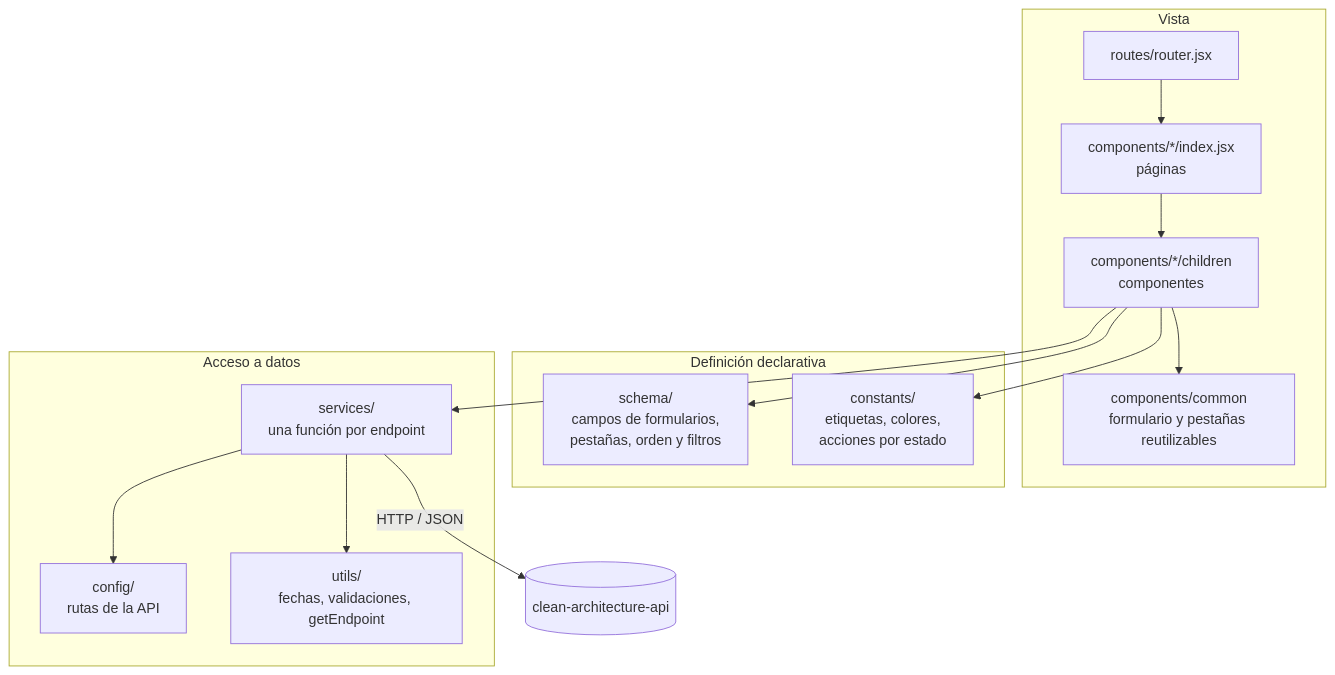
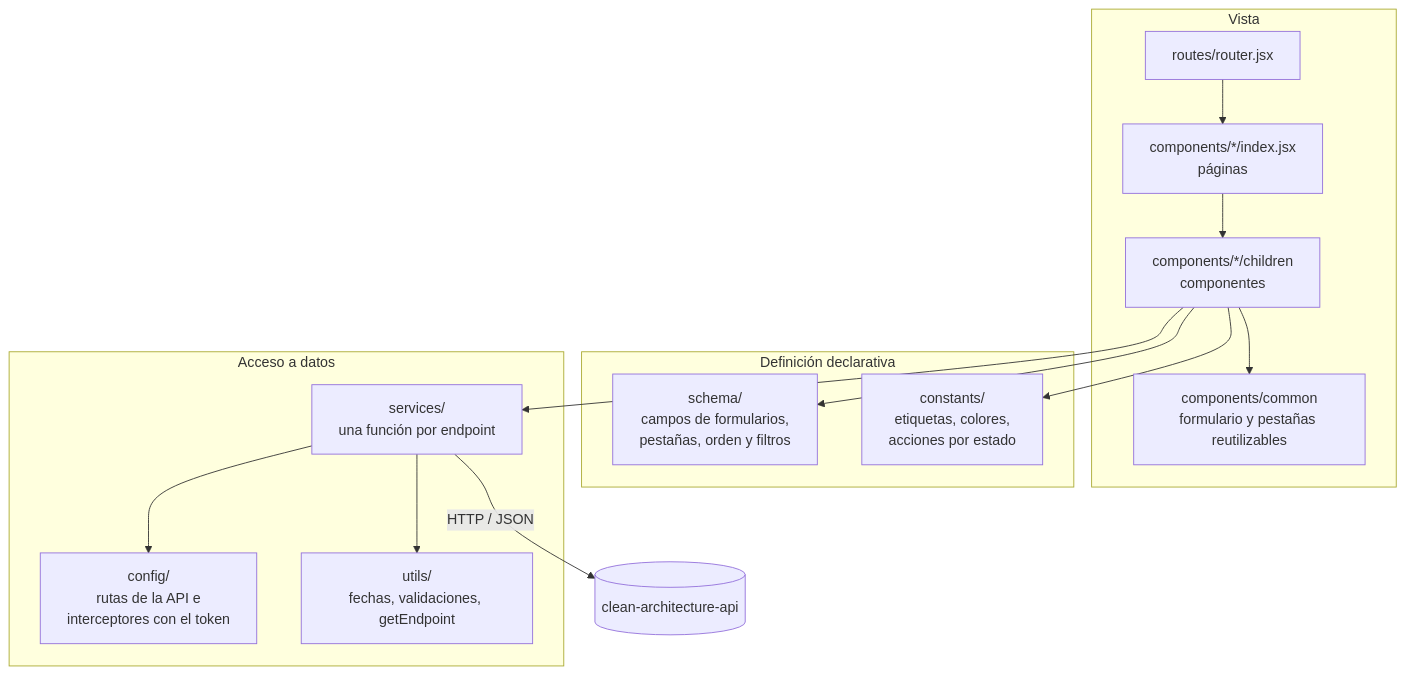
The first of 4 diagrams in README.md (SemilleroSOLID/clean-architecture-front), drawn with Mermaid before and after one commit. The commit also changed other lines of this file and 31 other files, not shown here.

Commit message:
feat: login, menu by role and protected routes (closes SemilleroSOLID/clean-architecture-api#23)

````diff
--- a/README.md
+++ b/README.md
@@ -66,23 +68,23 @@
 ```mermaid
 flowchart TB
     subgraph UI["Vista"]
         R[routes/router.jsx] --> P[components/*/index.jsx<br/>páginas]
         P --> C[components/*/children<br/>componentes]
         C --> CI[components/common<br/>formulario y pestañas reutilizables]
     end
     subgraph Def["Definición declarativa"]
         S[schema/<br/>campos de formularios,<br/>pestañas, orden y filtros]
         K[constants/<br/>etiquetas, colores,<br/>acciones por estado]
     end
     subgraph Data["Acceso a datos"]
         SV[services/<br/>una función por endpoint]
-        CF[config/<br/>rutas de la API]
+        CF[config/<br/>rutas de la API e<br/>interceptores con el token]
         U[utils/<br/>fechas, validaciones, getEndpoint]
     end
     C --> S
     C --> K
     C --> SV
     SV --> CF
     SV --> U
     SV -- "HTTP / JSON" --> API[(clean-architecture-api)]
 ```
````
